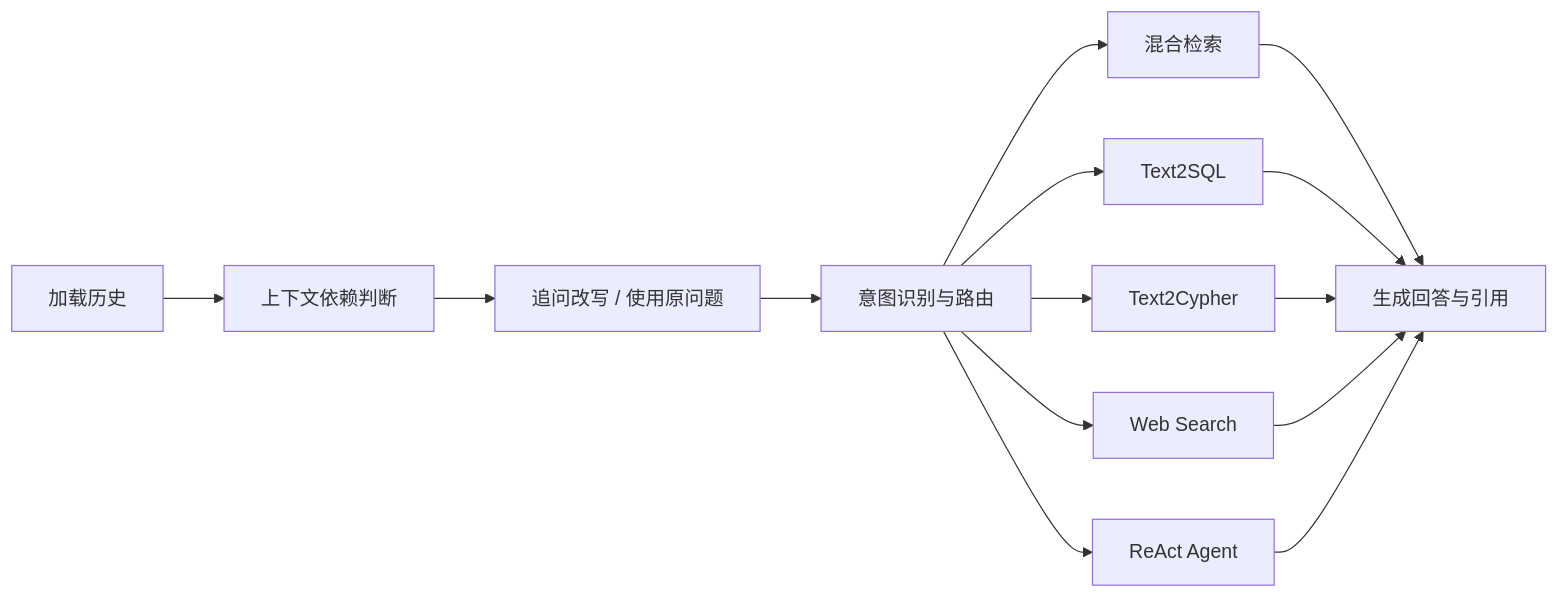
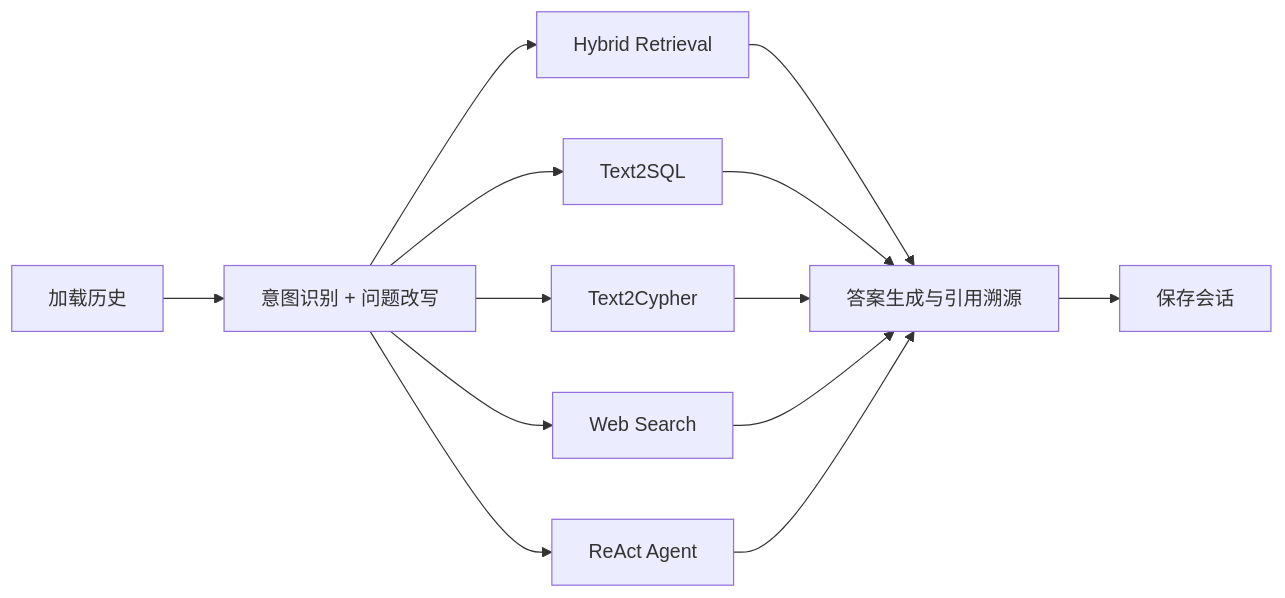
Before and after one commit to litieshan2331/RAG-main: the second of 2 diagrams in README.md, drawn with Mermaid. The commit also changed other lines of this file and 17 other files, not shown here.

````diff
--- a/README.md
+++ b/README.md
@@ -42,16 +44,15 @@
 ```mermaid
 flowchart LR
-    A["加载历史"] --> B["上下文依赖判断"]
-    B --> C["追问改写 / 使用原问题"]
-    C --> D["意图识别与路由"]
-    D --> E["混合检索"]
-    D --> F["Text2SQL"]
-    D --> G["Text2Cypher"]
-    D --> H["Web Search"]
-    D --> I["ReAct Agent"]
-    E --> J["生成回答与引用"]
-    F --> J
-    G --> J
-    H --> J
-    I --> J
+    A["加载历史"] --> B["意图识别 + 问题改写"]
+    B --> D["Hybrid Retrieval"]
+    B --> E["Text2SQL"]
+    B --> F["Text2Cypher"]
+    B --> G["Web Search"]
+    B --> H["ReAct Agent"]
+    D --> I["答案生成与引用溯源"]
+    E --> I
+    F --> I
+    G --> I
+    H --> I
+    I --> J["保存会话"]
 ```
````
